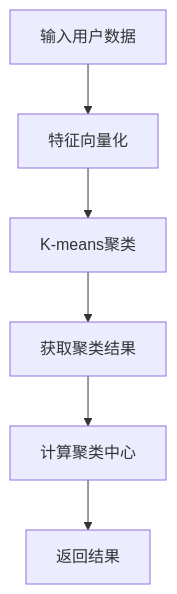
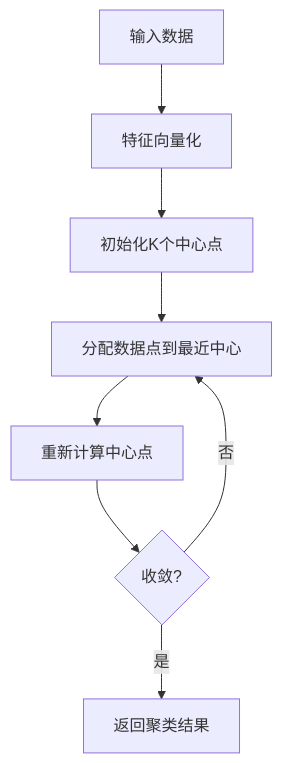
The fifth of 11 diagrams in README.md (HangerLIN/spark-demo), drawn with Mermaid before and after one commit. The commit also changed other lines of this file, not shown here.

Commit message:
更新README，添加详细API说明和流程图

````diff
--- a/README.md
+++ b/README.md
@@ -182,8 +316,10 @@
 ```mermaid
 graph TD
-    A[输入用户数据] --> B[特征向量化]
-    B --> C[K-means聚类]
-    C --> D[获取聚类结果]
-    D --> E[计算聚类中心]
-    E --> F[返回结果]
+    A[输入数据] --> B[特征向量化]
+    B --> C[初始化K个中心点]
+    C --> D[分配数据点到最近中心]
+    D --> E[重新计算中心点]
+    E --> F{收敛?}
+    F -->|否| D
+    F -->|是| G[返回聚类结果]
 ```
````
